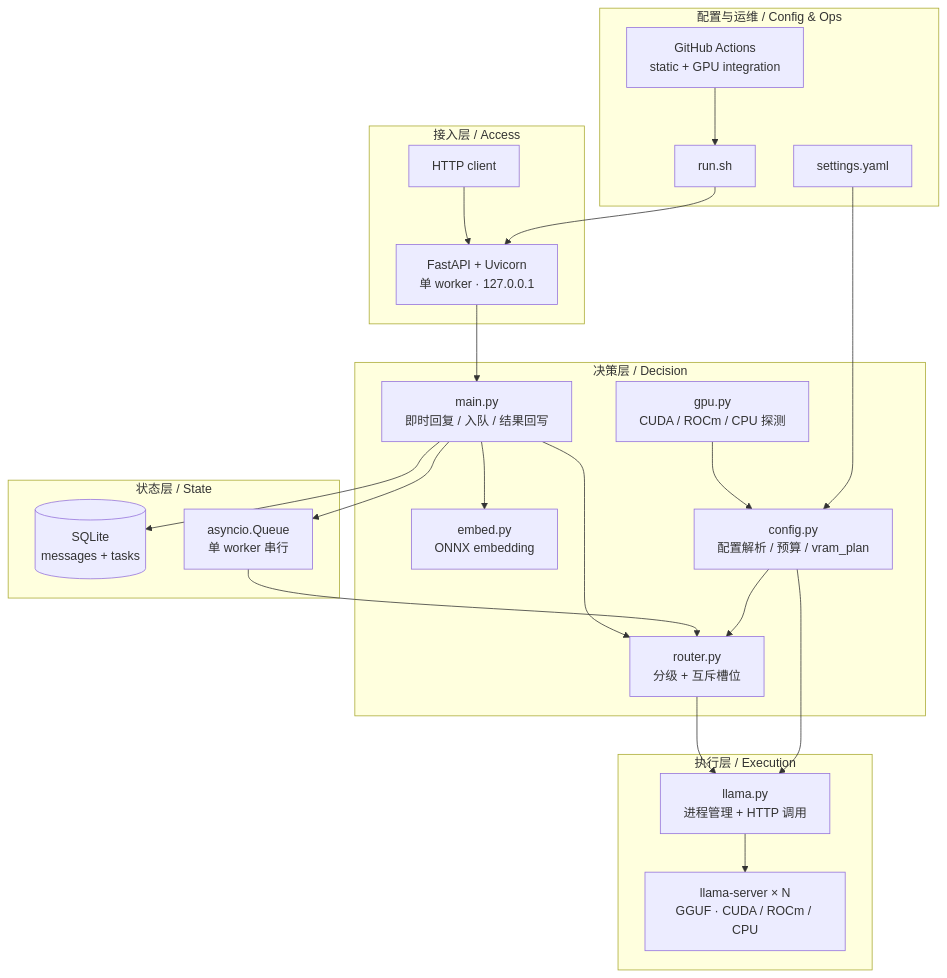
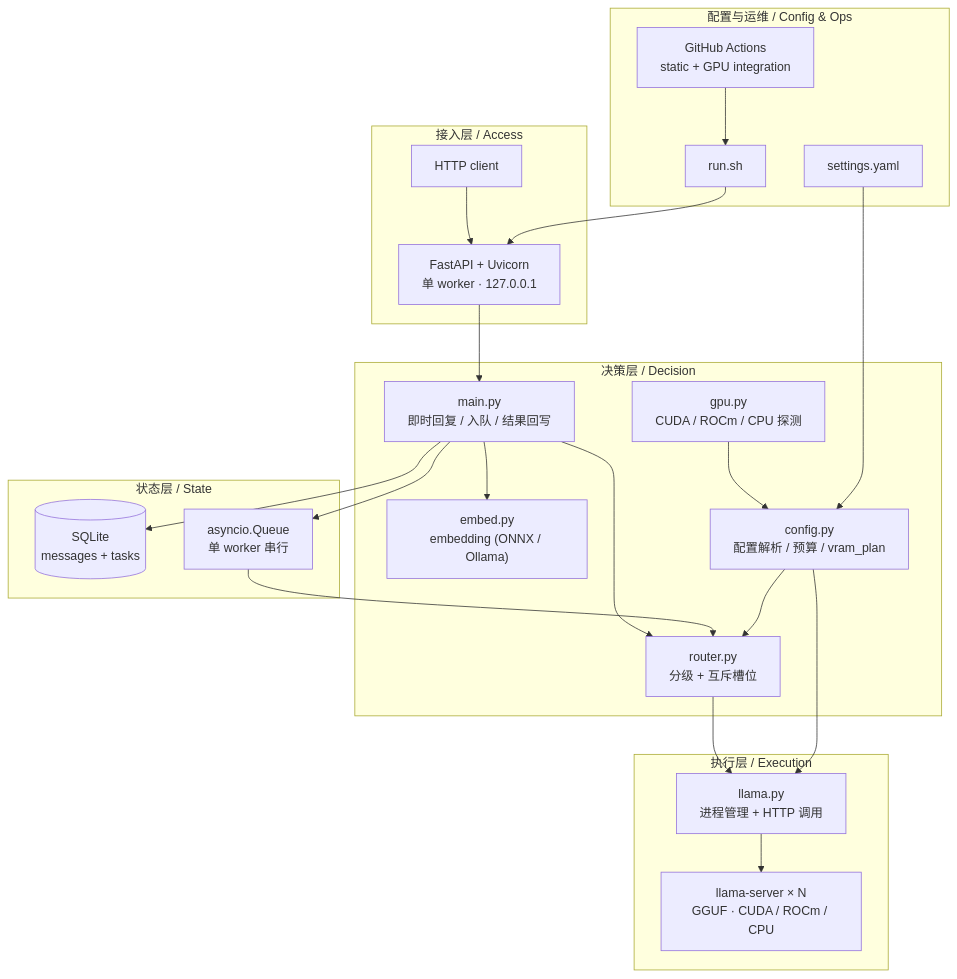
The diagram in TECH_STACK.md (liuda1999/explore-router), drawn with Mermaid before and after one commit. The commit also changed other lines of this file and 31 other files, not shown here.

````diff
--- a/TECH_STACK.md
+++ b/TECH_STACK.md
@@ -17,41 +21,41 @@
 ```mermaid
 flowchart TB
     subgraph L0["接入层 / Access"]
         C["HTTP client"]
         API["FastAPI + Uvicorn<br/>单 worker · 127.0.0.1"]
     end
     subgraph L1["决策层 / Decision"]
         MAIN["main.py<br/>即时回复 / 入队 / 结果回写"]
-        EMB["embed.py<br/>ONNX embedding"]
+        EMB["embed.py<br/>embedding (ONNX / Ollama)"]
         RT["router.py<br/>分级 + 互斥槽位"]
         CFG["config.py<br/>配置解析 / 预算 / vram_plan"]
         GPU["gpu.py<br/>CUDA / ROCm / CPU 探测"]
     end
     subgraph L2["状态层 / State"]
         DB[("SQLite<br/>messages + tasks")]
         Q["asyncio.Queue<br/>单 worker 串行"]
     end
     subgraph L3["执行层 / Execution"]
         LLAMA["llama.py<br/>进程管理 + HTTP 调用"]
         SRV["llama-server × N<br/>GGUF · CUDA / ROCm / CPU"]
     end
     subgraph L4["配置与运维 / Config & Ops"]
         YAML["settings.yaml"]
         RUN["run.sh"]
         CI["GitHub Actions<br/>static + GPU integration"]
     end
 
     C --> API --> MAIN
     MAIN --> EMB
     MAIN --> RT
     MAIN --> DB
     MAIN --> Q
     Q --> RT
     RT --> LLAMA --> SRV
     CFG --> RT
     CFG --> LLAMA
     GPU --> CFG
     YAML --> CFG
     RUN --> API
     CI --> RUN
 ```
````
